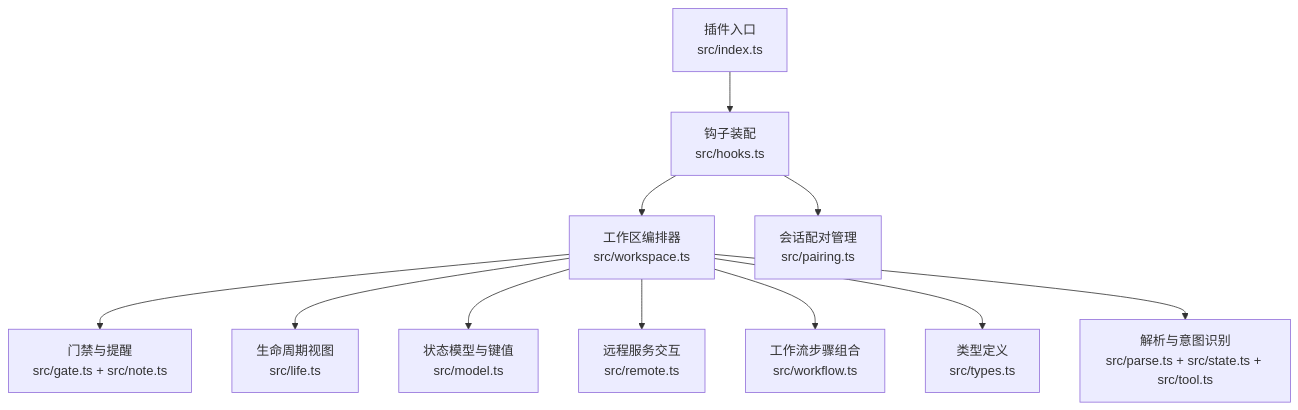
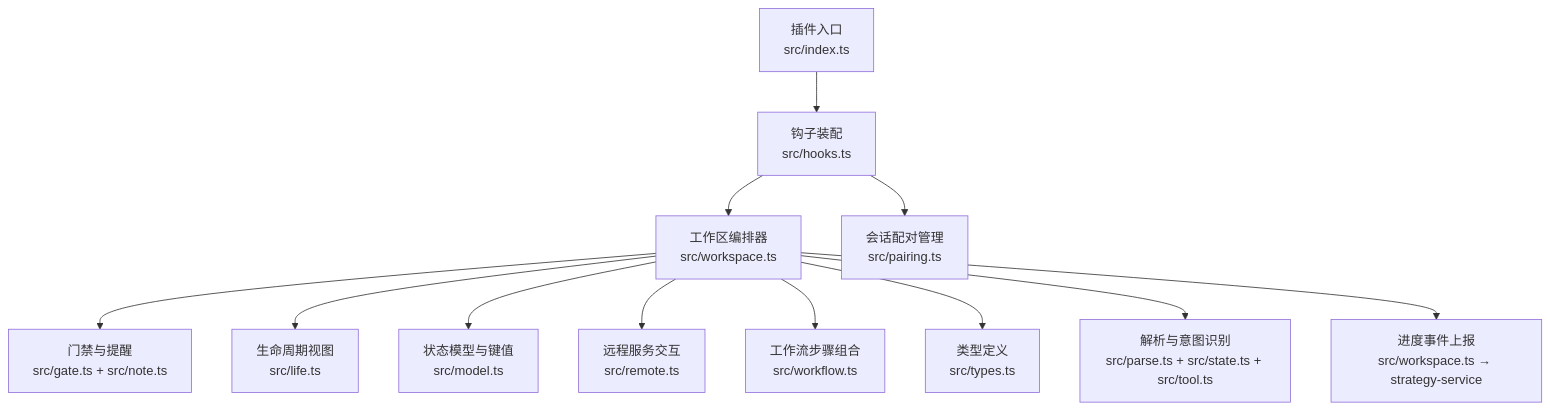
One commit to 89780012/opencode changed the first of 5 diagrams in .lingma/repowiki/zh/content/API参考/SmartX工作流API.md. Above: the diagram before and after it, drawn with Mermaid. The commit also changed other lines of this file and 3 other files, not shown here.

````diff
--- a/.lingma/repowiki/zh/content/API参考/SmartX工作流API.md
+++ b/.lingma/repowiki/zh/content/API参考/SmartX工作流API.md
@@ -63,13 +67,14 @@
 ```mermaid
 graph TB
 A["插件入口<br/>src/index.ts"] --> B["钩子装配<br/>src/hooks.ts"]
 B --> C["工作区编排器<br/>src/workspace.ts"]
 B --> D["会话配对管理<br/>src/pairing.ts"]
 C --> E["门禁与提醒<br/>src/gate.ts + src/note.ts"]
 C --> F["生命周期视图<br/>src/life.ts"]
 C --> G["状态模型与键值<br/>src/model.ts"]
 C --> H["远程服务交互<br/>src/remote.ts"]
 C --> I["工作流步骤组合<br/>src/workflow.ts"]
 C --> J["类型定义<br/>src/types.ts"]
 C --> K["解析与意图识别<br/>src/parse.ts + src/state.ts + src/tool.ts"]
+C --> L["进度事件上报<br/>src/workspace.ts → strategy-service"]
 ```
````
